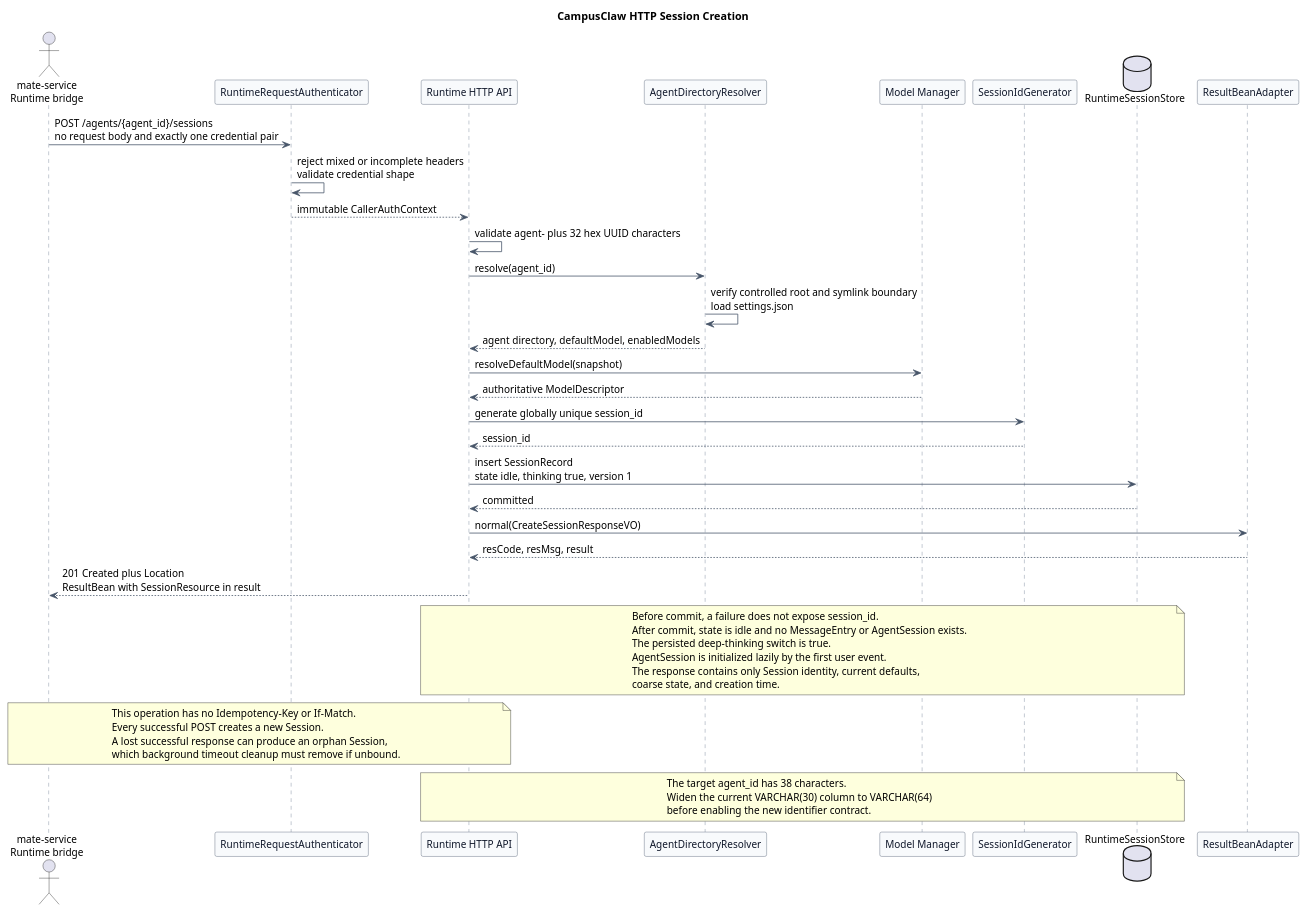
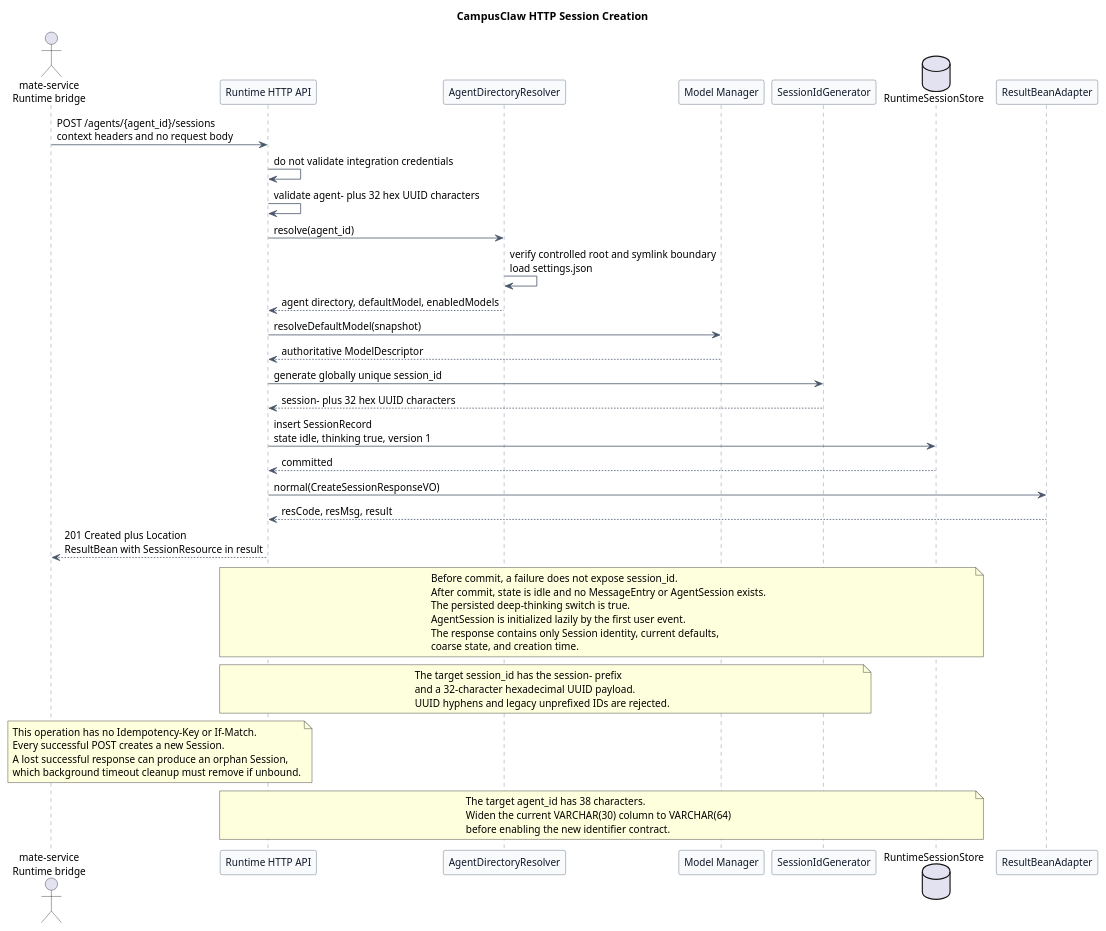
Before and after one commit to ssm0808/pi-mono-java-design: the first of 3 diagrams in pi-mono-java-manager-driven-multi-agent-runtime/diagrams/session-lifecycle/diagram.puml, drawn with PlantUML. The commit also changed other lines of this file and 33 other files, not shown here.

```diff
--- a/pi-mono-java-manager-driven-multi-agent-runtime/diagrams/session-lifecycle/diagram.puml
+++ b/pi-mono-java-manager-driven-multi-agent-runtime/diagrams/session-lifecycle/diagram.puml
@@ -1,80 +1,86 @@
 @startuml http_session_creation
 title CampusClaw HTTP Session Creation
 
-' Source evidence (pi-mono-java 9e7cc8952937a697fe2c16ff0de287b32bc4c891):
+' Source evidence (pi-mono-java 1f801dbb82bdda30478e3354e685e3153b179a0c):
 ' modules/coding-agent-cli/src/main/java/com/campusclaw/codingagent/runtimeapi/session/RuntimeSessionService.java, create.
 ' modules/coding-agent-cli/src/main/java/com/campusclaw/codingagent/runtimeapi/agent/FileAgentDirectoryResolver.java, resolve.
 ' modules/coding-agent-cli/src/main/java/com/campusclaw/codingagent/runtimeapi/web/RuntimeSessionController.java, create.
 ' Observed behavior: mate-service supplies only agent_id and CampusClaw generates session_id.
 ' Observed behavior: settings chooses a default model candidate and the model manager validates it.
 ' Observed behavior: current Java accepts agent_ plus 24 alphanumeric characters and persists thinking false.
-' Architecture change: target Agent IDs use agent- plus 32 hex UUID characters.
+' Observed behavior: RandomSessionIdGenerator.nextId returns 26 Crockford Base32 characters with no prefix.
+' Architecture change: target Agent and Session IDs use a type prefix plus 32 hex UUID characters.
 ' Product constraint: successful target creation persists thinking true.
+' Product constraint: all Runtime operations carry integration-context headers without local validation.
 ' Observed behavior: creation persists an idle Session and does not initialize AgentSession or invoke a model.
 ' Design reason: defer expensive runtime initialization until the first accepted user event.
 
 skinparam backgroundColor #FFFFFF
 skinparam shadowing false
 skinparam defaultFontName Arial
 skinparam defaultFontSize 13
 skinparam participant {
   BackgroundColor #F8FAFC
   BorderColor #475569
   FontColor #0F172A
 }
 skinparam ArrowColor #475569
 skinparam sequence {
   LifeLineBorderColor #64748B
   LifeLineBackgroundColor #F8FAFC
   GroupBorderColor #94A3B8
   GroupBackgroundColor #F8FAFC
 }
 
 actor "mate-service\nRuntime bridge" as Mate
-participant "RuntimeRequestAuthenticator" as Auth
 participant "Runtime HTTP API" as API
 participant "AgentDirectoryResolver" as Resolver
 participant "Model Manager" as Models
 participant "SessionIdGenerator" as Ids
 database "RuntimeSessionStore" as Store
 participant "ResultBeanAdapter" as ResultAdapter
 
-Mate -> Auth : POST /agents/{agent_id}/sessions\nno request body and exactly one credential pair
-Auth -> Auth : reject mixed or incomplete headers\nvalidate credential shape
-Auth --> API : immutable CallerAuthContext
+Mate -> API : POST /agents/{agent_id}/sessions\ncontext headers and no request body
+API -> API : do not validate integration credentials
 API -> API : validate agent- plus 32 hex UUID characters
 API -> Resolver : resolve(agent_id)
 Resolver -> Resolver : verify controlled root and symlink boundary\nload settings.json
 Resolver --> API : agent directory, defaultModel, enabledModels
 API -> Models : resolveDefaultModel(snapshot)
 Models --> API : authoritative ModelDescriptor
 API -> Ids : generate globally unique session_id
-Ids --> API : session_id
+Ids --> API : session- plus 32 hex UUID characters
 API -> Store : insert SessionRecord\nstate idle, thinking true, version 1
 Store --> API : committed
 API -> ResultAdapter : normal(CreateSessionResponseVO)
 ResultAdapter --> API : resCode, resMsg, result
 API --> Mate : 201 Created plus Location\nResultBean with SessionResource in result
 
 note over API,Store
 Before commit, a failure does not expose session_id.
 After commit, state is idle and no MessageEntry or AgentSession exists.
 The persisted deep-thinking switch is true.
 AgentSession is initialized lazily by the first user event.
 The response contains only Session identity, current defaults,
 coarse state, and creation time.
 end note
 
+note over API,Ids
+The target session_id has the session- prefix
+and a 32-character hexadecimal UUID payload.
+UUID hyphens and legacy unprefixed IDs are rejected.
+end note
+
 note over Mate,API
 This operation has no Idempotency-Key or If-Match.
 Every successful POST creates a new Session.
 A lost successful response can produce an orphan Session,
 which background timeout cleanup must remove if unbound.
 end note
 
 note over API,Store
 The target agent_id has 38 characters.
 Widen the current VARCHAR(30) column to VARCHAR(64)
 before enabling the new identifier contract.
 end note
 @enduml
```
